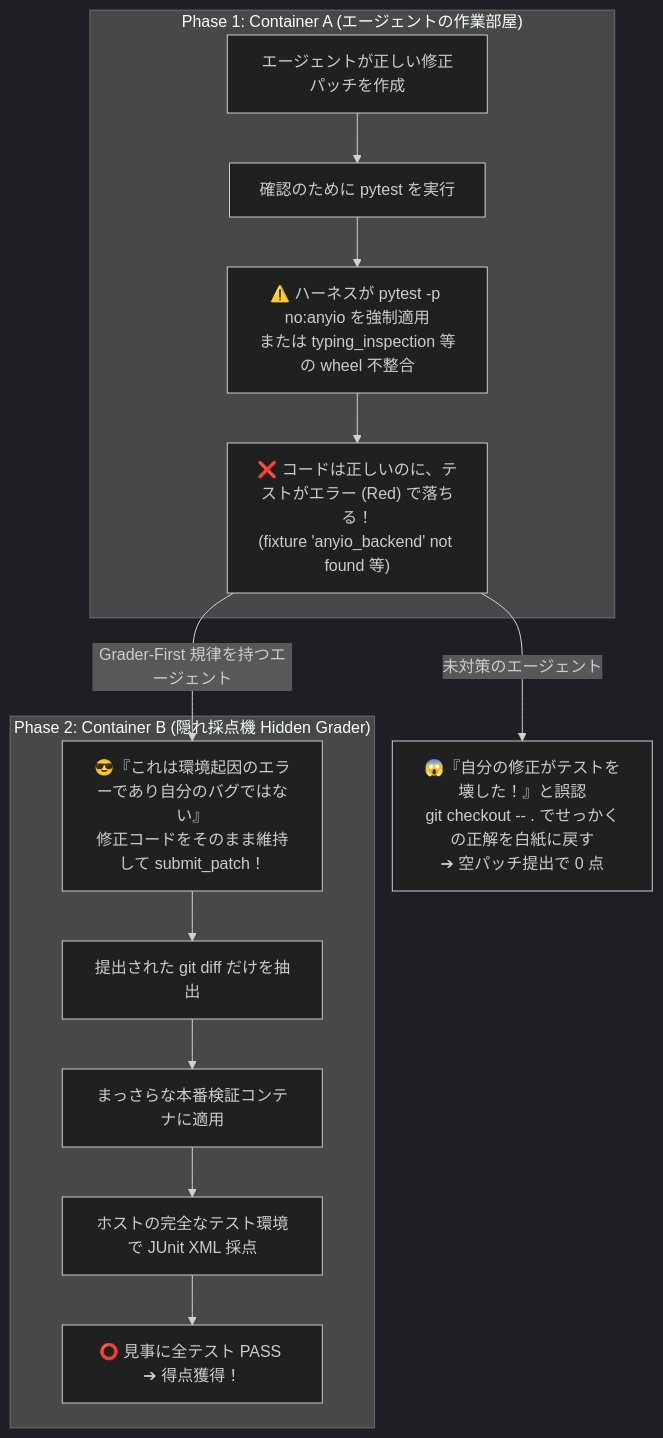
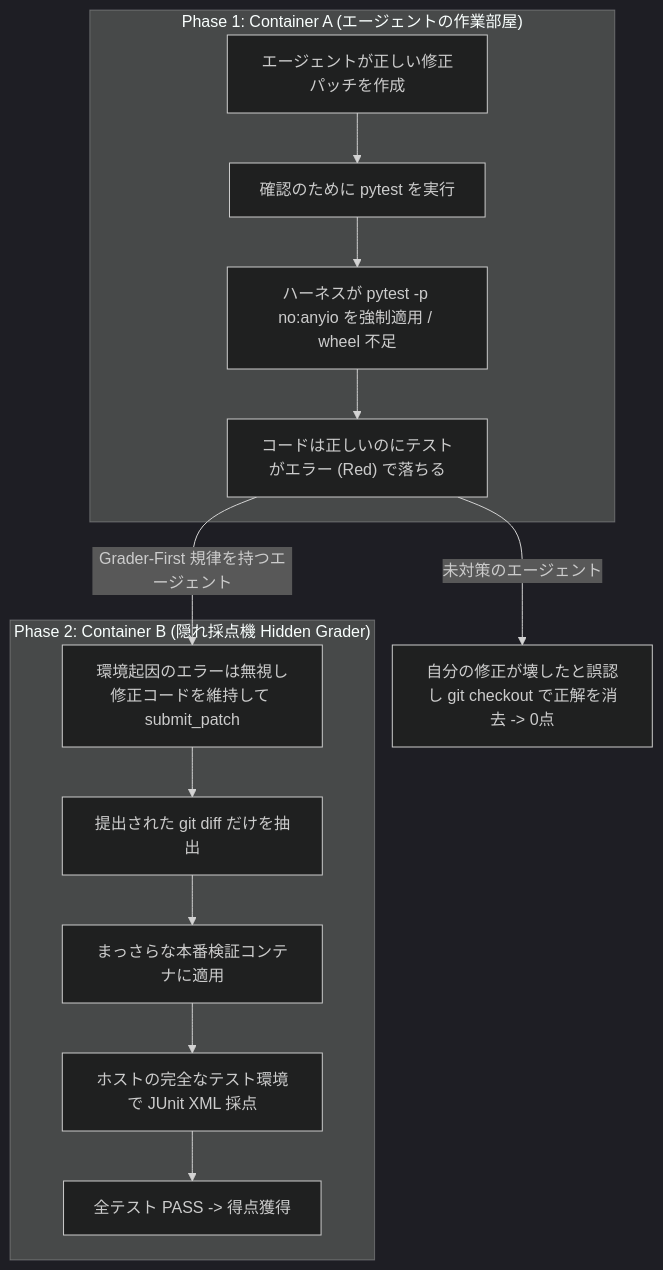
One commit to chiba244qq/gemma4-agent-dashboard changed the fifth of 5 diagrams in docs/ARCHITECTURAL_PILLARS_AND_CONSTRAINTS.md. Above: the diagram before and after it, drawn with Mermaid (dark theme). The commit also changed other lines of this file and 2 other files, not shown here.

Commit message:
fix: integrate Mermaid.js renderer in markdown modal and clean diagram syntax

````diff
--- a/docs/ARCHITECTURAL_PILLARS_AND_CONSTRAINTS.md
+++ b/docs/ARCHITECTURAL_PILLARS_AND_CONSTRAINTS.md
@@ -170,21 +166,21 @@
 ```mermaid
-flowchart TB
+flowchart TD
     subgraph Phase1["Phase 1: Container A (エージェントの作業部屋)"]
         A1["エージェントが正しい修正パッチを作成"]
         A2["確認のために pytest を実行"]
-        A3["⚠️ ハーネスが pytest -p no:anyio を強制適用\nまたは typing_inspection 等の wheel 不整合"]
-        A4["❌ コードは正しいのに、テストがエラー (Red) で落ちる！\n(fixture 'anyio_backend' not found 等)"]
+        A3["ハーネスが pytest -p no:anyio を強制適用 / wheel 不足"]
+        A4["コードは正しいのにテストがエラー (Red) で落ちる"]
         A1 --> A2 --> A3 --> A4
     end
 
-    A4 -->|"未対策のエージェント"| Bad["😱『自分の修正がテストを壊した！』と誤認\ngit checkout -- . でせっかくの正解を白紙に戻す\n➔ 空パッチ提出で 0 点"]
-    A4 -->|"Grader-First 規律を持つエージェント"| Good["😎『これは環境起因のエラーであり自分のバグではない』\n修正コードをそのまま維持して submit_patch！"]
+    A4 -->|"未対策のエージェント"| Bad["自分の修正が壊したと誤認し git checkout で正解を消去 -> 0点"]
+    A4 -->|"Grader-First 規律を持つエージェント"| Good["環境起因のエラーは無視し修正コードを維持して submit_patch"]
 
     subgraph Phase2["Phase 2: Container B (隠れ採点機 Hidden Grader)"]
         G1["提出された git diff だけを抽出"]
         G2["まっさらな本番検証コンテナに適用"]
         G3["ホストの完全なテスト環境で JUnit XML 採点"]
-        G4["⭕ 見事に全テスト PASS ➔ 得点獲得！"]
+        G4["全テスト PASS -> 得点獲得"]
         Good --> G1 --> G2 --> G3 --> G4
     end
 ```
````
